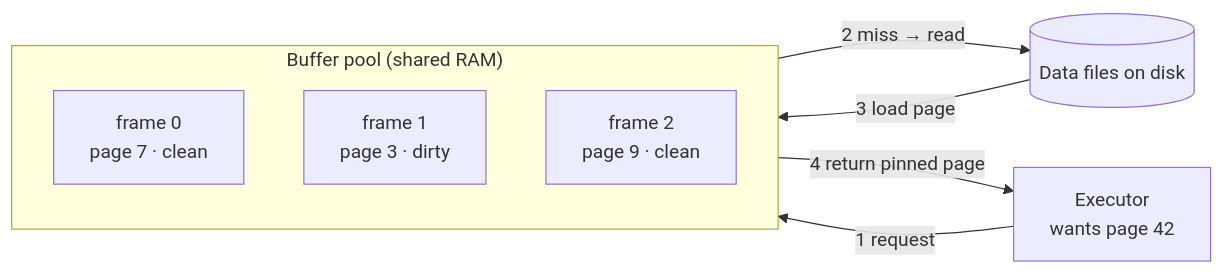
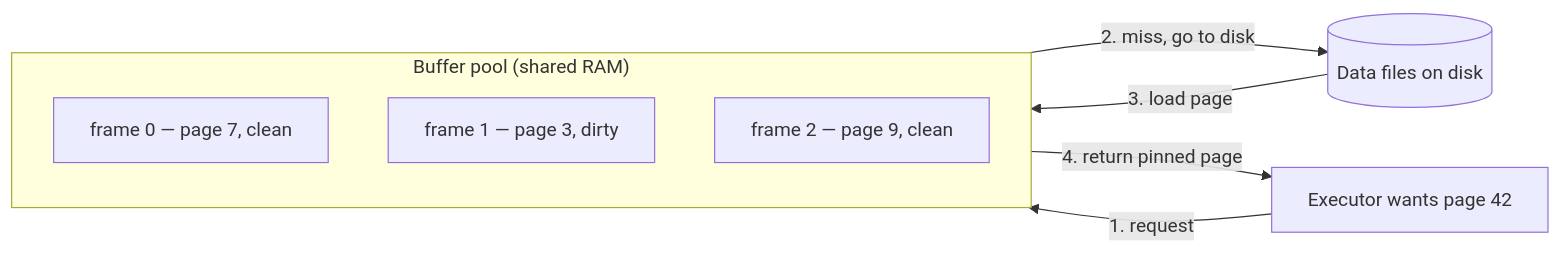
Before and after one commit to mohammad-mriesh-job/cortex: the diagram in src/modules/database/content/08-internals/04-buffer-and-caching.md, drawn with Mermaid. The commit also changed 257 other files, not shown here.

````diff
--- a/src/modules/database/content/08-internals/04-buffer-and-caching.md
+++ b/src/modules/database/content/08-internals/04-buffer-and-caching.md
@@ -18,12 +18,12 @@
 ```mermaid
 flowchart LR
-  EX["Executor<br/>wants page 42"] -->|"1 request"| BP
+  EX["Executor wants page 42"] -->|"1. request"| BP
   subgraph BP["Buffer pool (shared RAM)"]
-    F0["frame 0<br/>page 7 · clean"]
-    F1["frame 1<br/>page 3 · dirty"]
-    F2["frame 2<br/>page 9 · clean"]
+    F0["frame 0 — page 7, clean"]
+    F1["frame 1 — page 3, dirty"]
+    F2["frame 2 — page 9, clean"]
   end
-  BP -->|"2 miss → read"| DISK[("Data files on disk")]
-  DISK -->|"3 load page"| BP
-  BP -->|"4 return pinned page"| EX
+  BP -->|"2. miss, go to disk"| DISK[("Data files on disk")]
+  DISK -->|"3. load page"| BP
+  BP -->|"4. return pinned page"| EX
 ```
````
